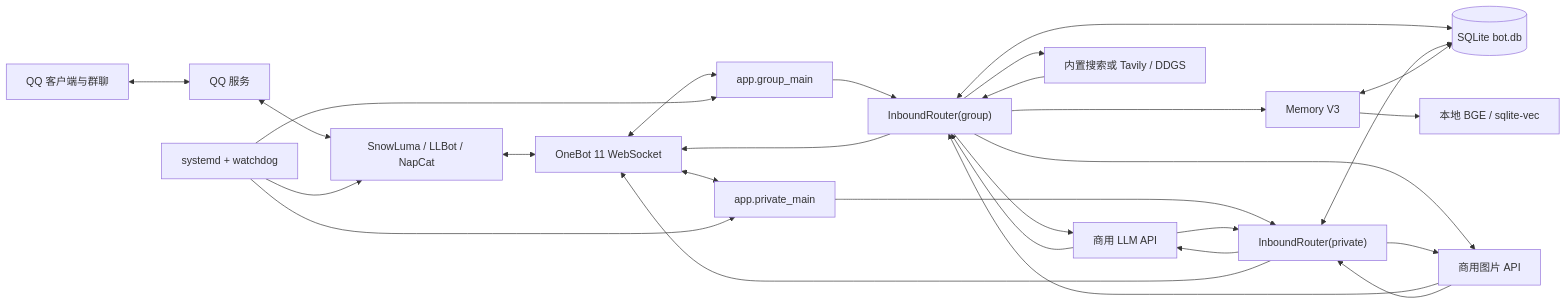
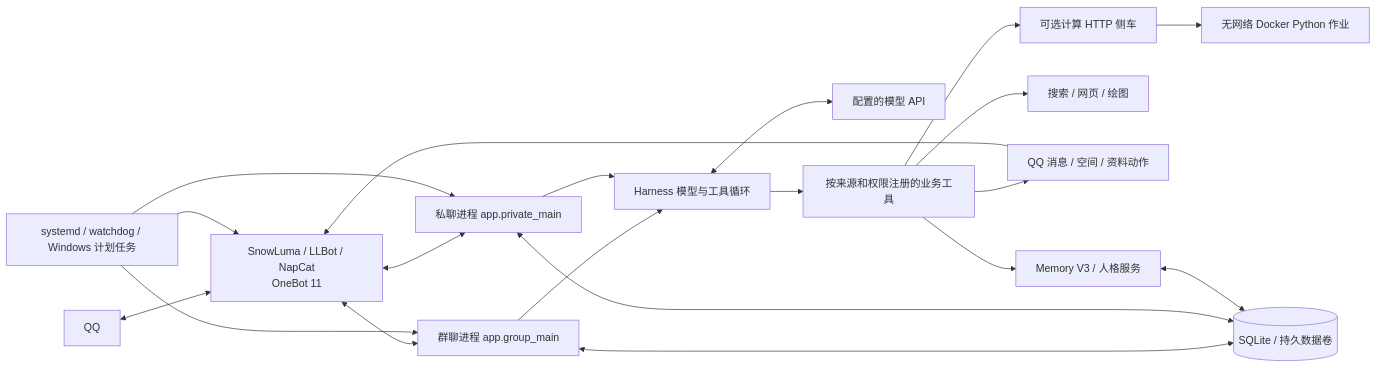
Before and after one commit to MagicIndex135731/Komachi-qq-aibot: the diagram in docs/ARCHITECTURE.md, drawn with Mermaid. The commit also changed other lines of this file and 260 other files, not shown here.

````diff
--- a/docs/ARCHITECTURE.md
+++ b/docs/ARCHITECTURE.md
@@ -24,30 +11,22 @@
 ```mermaid
 flowchart LR
-    QQ["QQ 客户端与群聊"] <--> Server["QQ 服务"]
-    Server <--> Gateway["SnowLuma / LLBot / NapCat"]
-    Gateway <--> OB["OneBot 11 WebSocket"]
-    OB <--> Group["app.group_main"]
-    OB <--> Private["app.private_main"]
-    Group --> Router["InboundRouter(group)"]
-    Private --> PrivateRouter["InboundRouter(private)"]
-    Router <--> DB[("SQLite bot.db")]
-    PrivateRouter <--> DB
-    Router --> Memory["Memory V3"]
-    Memory <--> DB
-    Memory --> Embed["本地 BGE / sqlite-vec"]
-    Router --> LLM["商用 LLM API"]
-    PrivateRouter --> LLM
-    Router --> Search["内置搜索或 Tavily / DDGS"]
-    Router --> Image["商用图片 API"]
-    PrivateRouter --> Image
-    LLM --> Router
-    LLM --> PrivateRouter
-    Search --> Router
-    Image --> Router
-    Image --> PrivateRouter
-    Router --> OB
-    PrivateRouter --> OB
-    Watchdog["systemd + watchdog"] --> Gateway
-    Watchdog --> Group
-    Watchdog --> Private
+    QQ[QQ] <--> OB[SnowLuma / LLBot / NapCat\nOneBot 11]
+    OB <--> G[群聊进程 app.group_main]
+    OB <--> P[私聊进程 app.private_main]
+    G --> H[Harness 模型与工具循环]
+    P --> H
+    G <--> D[(SQLite / 持久数据卷)]
+    P <--> D
+    H <--> L[配置的模型 API]
+    H --> T[按来源和权限注册的业务工具]
+    T --> M[Memory V3 / 人格服务]
+    M <--> D
+    T --> W[搜索 / 网页 / 绘图]
+    T --> Q[QQ 消息 / 空间 / 资料动作]
+    Q --> OB
+    T --> C[可选计算 HTTP 侧车]
+    C --> J[无网络 Docker Python 作业]
+    S[systemd / watchdog / Windows 计划任务] --> G
+    S --> P
+    S --> OB
 ```
````
